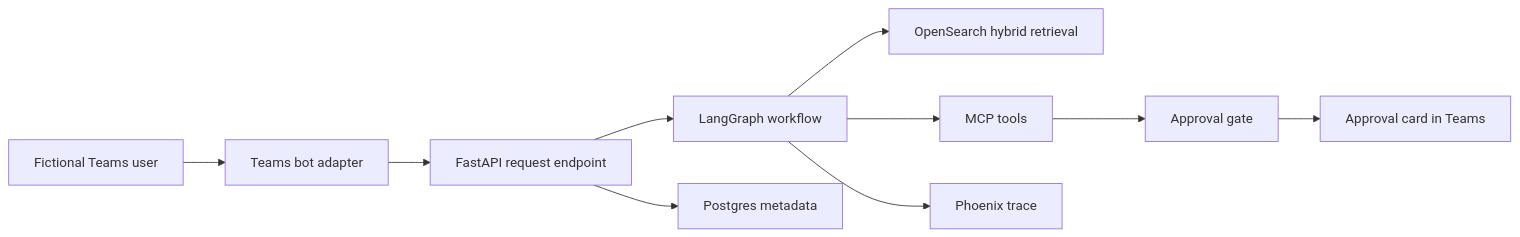
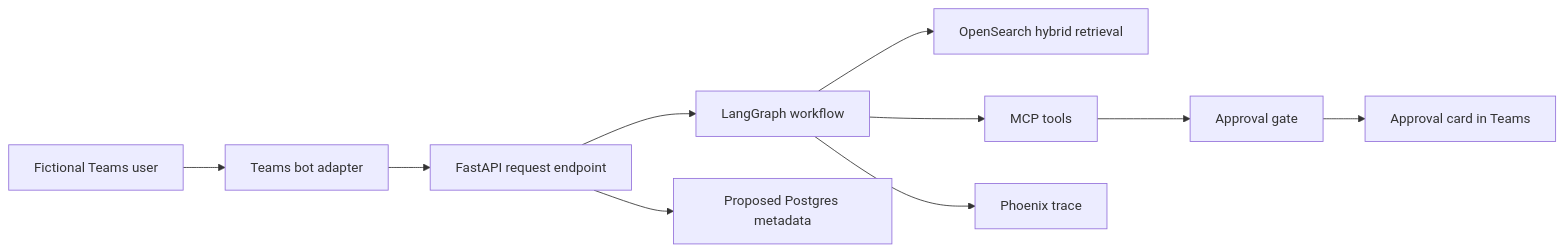
One commit to tonih23/enterprise-api-intelligence-agent changed the diagram in data/docs/teams_bot_architecture_notes.md. Above: the diagram before and after it, drawn with Mermaid. The commit also changed other lines of this file and 15 other files, not shown here.

````diff
--- a/data/docs/teams_bot_architecture_notes.md
+++ b/data/docs/teams_bot_architecture_notes.md
@@ -34,12 +34,12 @@
 ```mermaid
 flowchart LR
     User["Fictional Teams user"] --> Bot["Teams bot adapter"]
     Bot --> API["FastAPI request endpoint"]
     API --> Graph["LangGraph workflow"]
     Graph --> Search["OpenSearch hybrid retrieval"]
     Graph --> Tools["MCP tools"]
     Tools --> Gate["Approval gate"]
     Gate --> Card["Approval card in Teams"]
     Graph --> Trace["Phoenix trace"]
-    API --> Store["Postgres metadata"]
+    API --> Store["Proposed Postgres metadata"]
 ```
````
